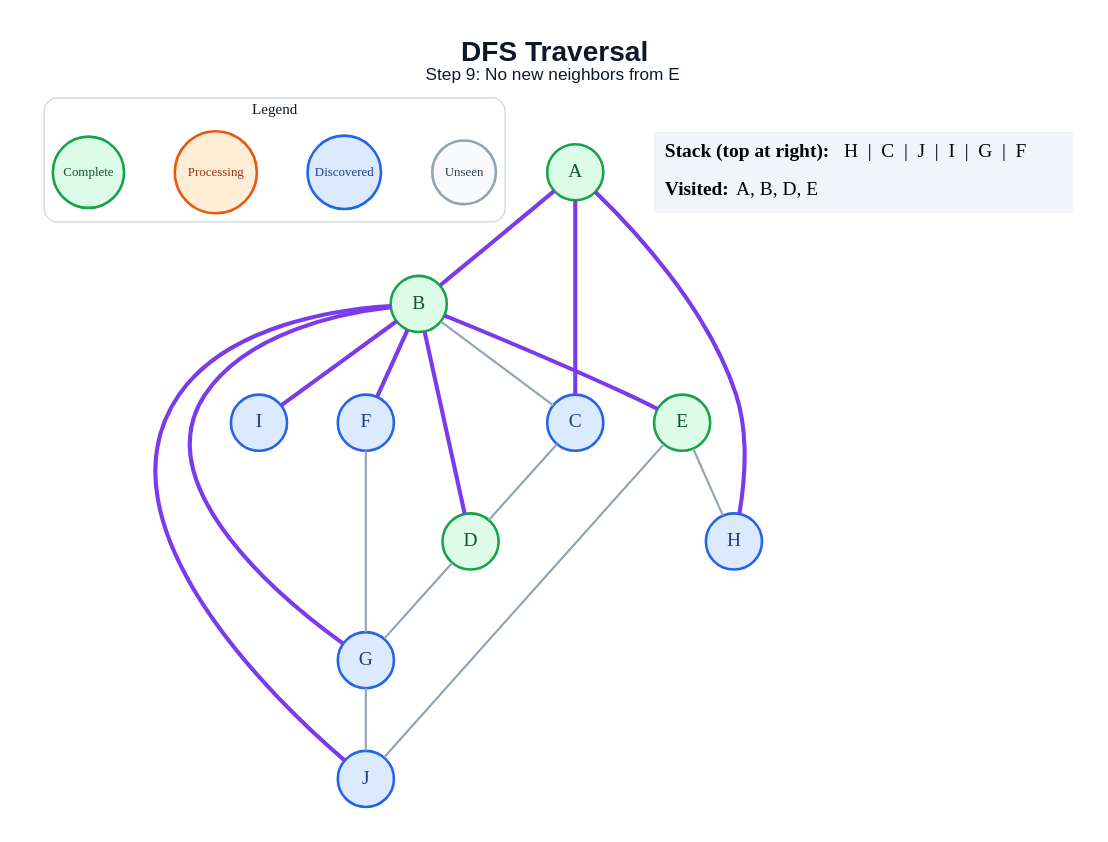
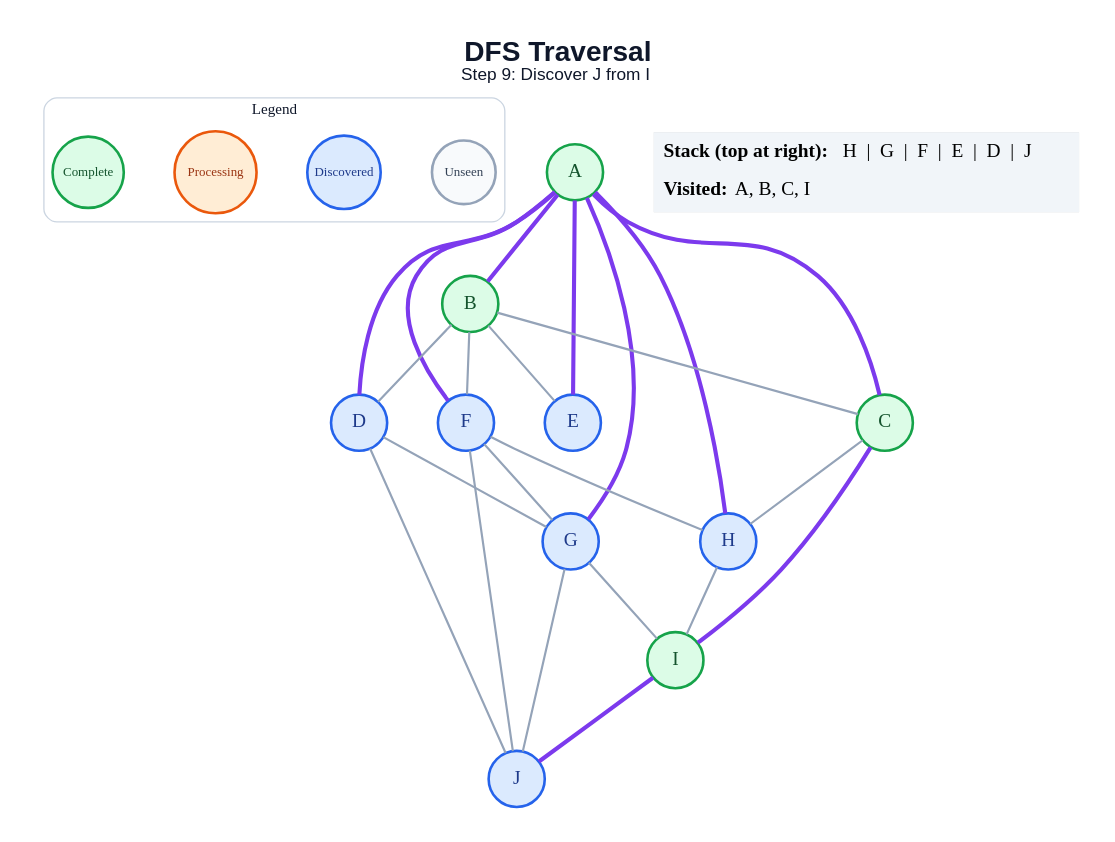
Before and after one commit to amanghodawala9/ai-slop: the diagram in generated/dfs/step_09.dot, drawn with Graphviz. The commit also changed 178 other files, not shown here.

```diff
--- a/generated/dfs/step_09.dot
+++ b/generated/dfs/step_09.dot
@@ -1,45 +1,51 @@
 graph traversal {
   graph [layout=dot, rankdir=TB, bgcolor="#FFFFFF", pad="0.35", nodesep="0.65", ranksep="0.8", fontname="Arial"];
   node [shape=circle, style="filled", fontname="Arial Bold", fontsize=18, width=0.72, fixedsize=true, penwidth=2.4];
   edge [color="#94A3B8", penwidth=2.0];
-  label=<<B>DFS Traversal</B><BR/><FONT POINT-SIZE="16">Step 9: No new neighbors from E</FONT>>; labelloc="t"; fontsize=26; fontname="Arial"; fontcolor="#0F172A";
+  label=<<B>DFS Traversal</B><BR/><FONT POINT-SIZE="16">Step 9: Discover J from I</FONT>>; labelloc="t"; fontsize=26; fontname="Arial"; fontcolor="#0F172A";
   subgraph cluster_legend { label="Legend"; color="#CBD5E1"; penwidth=1.2; style="rounded"; fontsize=14; fontname="Arial Bold";
     key_unseen [label="Unseen", fillcolor="#F8FAFC", color="#94A3B8", fontcolor="#334155", fontsize=12, width=0.82];
     key_frontier [label="Discovered", fillcolor="#DBEAFE", color="#2563EB", fontcolor="#1E3A8A", fontsize=12, width=0.95];
     key_current [label="Processing", fillcolor="#FFEDD5", color="#EA580C", fontcolor="#9A3412", fontsize=12, width=1.05];
     key_done [label="Complete", fillcolor="#DCFCE7", color="#16A34A", fontcolor="#14532D", fontsize=12, width=0.92];
     { rank=same; key_unseen; key_frontier; key_current; key_done; }
   }
   A [fillcolor="#DCFCE7", color="#16A34A", fontcolor="#14532D"];
   B [fillcolor="#DCFCE7", color="#16A34A", fontcolor="#14532D"];
-  C [fillcolor="#DBEAFE", color="#2563EB", fontcolor="#1E3A8A"];
-  D [fillcolor="#DCFCE7", color="#16A34A", fontcolor="#14532D"];
-  E [fillcolor="#DCFCE7", color="#16A34A", fontcolor="#14532D"];
+  C [fillcolor="#DCFCE7", color="#16A34A", fontcolor="#14532D"];
+  D [fillcolor="#DBEAFE", color="#2563EB", fontcolor="#1E3A8A"];
+  E [fillcolor="#DBEAFE", color="#2563EB", fontcolor="#1E3A8A"];
   F [fillcolor="#DBEAFE", color="#2563EB", fontcolor="#1E3A8A"];
   G [fillcolor="#DBEAFE", color="#2563EB", fontcolor="#1E3A8A"];
   H [fillcolor="#DBEAFE", color="#2563EB", fontcolor="#1E3A8A"];
-  I [fillcolor="#DBEAFE", color="#2563EB", fontcolor="#1E3A8A"];
+  I [fillcolor="#DCFCE7", color="#16A34A", fontcolor="#14532D"];
   J [fillcolor="#DBEAFE", color="#2563EB", fontcolor="#1E3A8A"];
   A -- B [color="#7C3AED", penwidth=3.8];
   A -- C [color="#7C3AED", penwidth=3.8];
+  A -- D [color="#7C3AED", penwidth=3.8];
+  A -- E [color="#7C3AED", penwidth=3.8];
+  A -- F [color="#7C3AED", penwidth=3.8];
+  A -- G [color="#7C3AED", penwidth=3.8];
   A -- H [color="#7C3AED", penwidth=3.8];
   B -- C;
-  B -- D [color="#7C3AED", penwidth=3.8];
-  B -- E [color="#7C3AED", penwidth=3.8];
-  B -- F [color="#7C3AED", penwidth=3.8];
-  B -- G [color="#7C3AED", penwidth=3.8];
-  B -- I [color="#7C3AED", penwidth=3.8];
-  B -- J [color="#7C3AED", penwidth=3.8];
-  C -- D;
+  B -- D;
+  B -- E;
+  B -- F;
+  C -- H;
+  C -- I [color="#7C3AED", penwidth=3.8];
   D -- G;
-  E -- H;
-  E -- J;
+  D -- J;
   F -- G;
+  F -- H;
+  F -- J;
+  G -- I;
   G -- J;
+  H -- I;
+  I -- J [color="#7C3AED", penwidth=3.8];
   status [shape=plain, fixedsize=false, width=0, height=0, margin=0, label=<
     <TABLE BORDER="0" CELLBORDER="0" CELLPADDING="7" BGCOLOR="#F1F5F9">
-      <TR><TD ALIGN="LEFT"><B>Stack (top at right):</B> H  |  C  |  J  |  I  |  G  |  F</TD></TR>
-      <TR><TD ALIGN="LEFT"><B>Visited:</B> A, B, D, E</TD></TR>
+      <TR><TD ALIGN="LEFT"><B>Stack (top at right):</B> H  |  G  |  F  |  E  |  D  |  J</TD></TR>
+      <TR><TD ALIGN="LEFT"><B>Visited:</B> A, B, C, I</TD></TR>
     </TABLE>
   >];
 }
```
